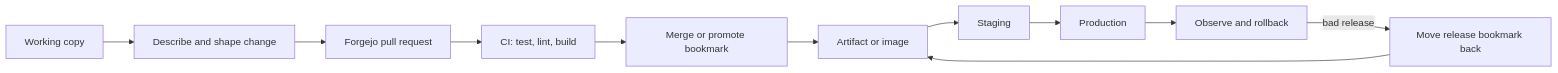
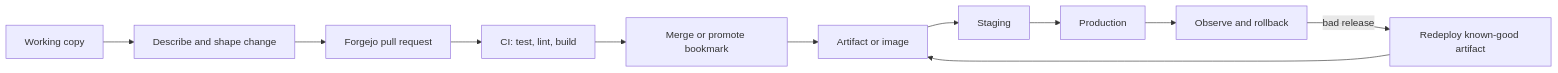
One commit to codermannn/jj-confidence-lab changed the diagram in docs/08-deployment-workflow.md. Above: the diagram before and after it, drawn with Mermaid. The commit also changed other lines of this file and 9 other files, not shown here.

````diff
--- a/docs/08-deployment-workflow.md
+++ b/docs/08-deployment-workflow.md
@@ -12,13 +12,13 @@
 ```mermaid
 flowchart LR
     W[Working copy] --> C[Describe and shape change]
     C --> R[Forgejo pull request]
     R --> Q[CI: test, lint, build]
     Q --> M[Merge or promote bookmark]
     M --> A[Artifact or image]
     A --> S[Staging]
     S --> P[Production]
     P --> O[Observe and rollback]
-    O -->|bad release| B[Move release bookmark back]
+    O -->|bad release| B[Redeploy known-good artifact]
     B --> A
 ```
````
